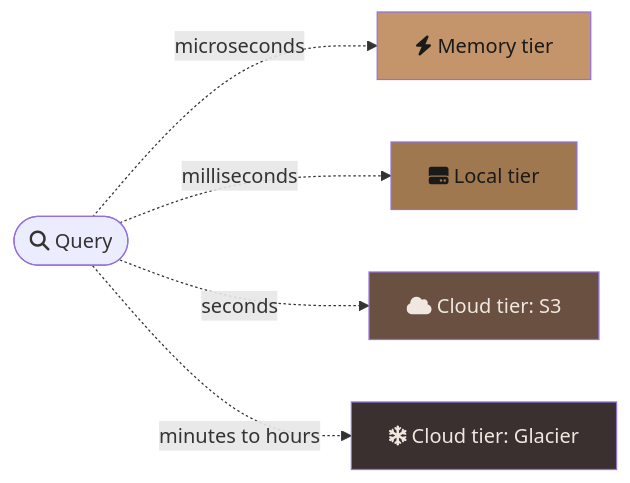
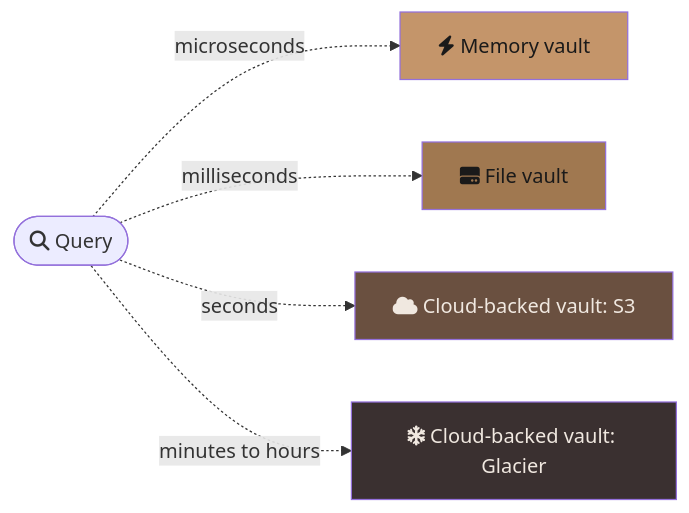
Before and after one commit to kluzzebass/gastrolog: the fourth of 5 diagrams in docs/vision.md, drawn with Mermaid. The commit also changed other lines of this file and 98 other files, not shown here.

````diff
--- a/docs/vision.md
+++ b/docs/vision.md
@@ -272,12 +267,12 @@
 ```mermaid
 flowchart LR
-    Q([fa:fa-search Query]) -.->|microseconds| MT[fa:fa-bolt Memory tier]
-    Q -.->|milliseconds| LT[fa:fa-hard-drive Local tier]
-    Q -.->|seconds| CT[fa:fa-cloud Cloud tier: S3]
-    Q -.->|minutes to hours| AT[fa:fa-snowflake Cloud tier: Glacier]
+    Q([fa:fa-search Query]) -.->|microseconds| MT[fa:fa-bolt Memory vault]
+    Q -.->|milliseconds| LT[fa:fa-hard-drive File vault]
+    Q -.->|seconds| CT[fa:fa-cloud Cloud-backed vault: S3]
+    Q -.->|minutes to hours| AT[fa:fa-snowflake Cloud-backed vault: Glacier]
 
     style MT fill:#c4956a,color:#1a1a1a
     style LT fill:#a07850,color:#1a1a1a
     style CT fill:#6a5040,color:#f0e8e0
     style AT fill:#3a3030,color:#f0e8e0
 ```
````
